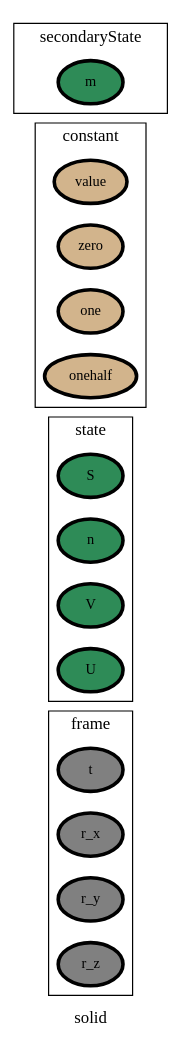
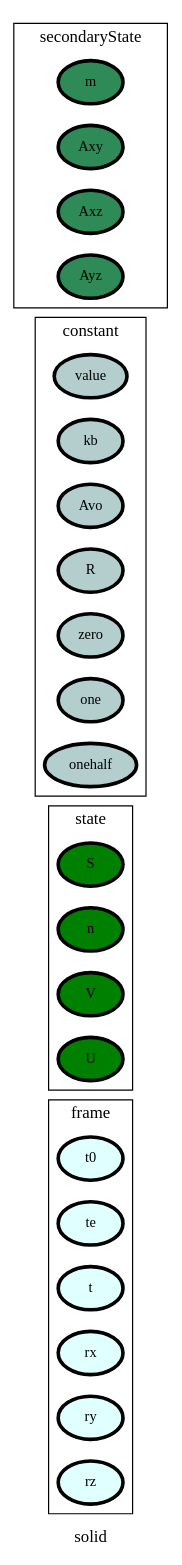
The diagram in ontology_graphs/graph__solid.dot (heinz-preisig/processes_distributed_no_interface_eqs), drawn with Graphviz before and after one commit. The commit also changed 97 other files, not shown here.

```diff
--- a/ontology_graphs/graph__solid.dot
+++ b/ontology_graphs/graph__solid.dot
@@ -1,92 +1,100 @@
 digraph solid {
 label=solid;
 rankdir=LR;
 subgraph cluster_solid___transport {
 label=transport;
 rankdir=LR;
 }
 
 subgraph cluster_solid___geometry {
 label=geometry;
 rankdir=LR;
 }
 
 subgraph cluster_solid___properties {
 label=properties;
 rankdir=LR;
 }
 
 subgraph cluster_solid___network {
 label=network;
 rankdir=LR;
 }
 
 subgraph cluster_solid___differenceOperator {
 label=differenceOperator;
 rankdir=LR;
 }
 
 subgraph cluster_solid___frame {
 label=frame;
 rankdir=LR;
-V_5 [fillcolor=grey, fontsize=12, label=t, penwidth=3, style=filled];
-V_6 [fillcolor=grey, fontsize=12, label=r_x, penwidth=3, style=filled];
-V_7 [fillcolor=grey, fontsize=12, label=r_y, penwidth=3, style=filled];
-V_8 [fillcolor=grey, fontsize=12, label=r_z, penwidth=3, style=filled];
+V_18 [fillcolor=lightcyan, fontsize=12, label=t0, penwidth=3, style=filled];
+V_19 [fillcolor=lightcyan, fontsize=12, label=te, penwidth=3, style=filled];
+V_5 [fillcolor=lightcyan, fontsize=12, label=t, penwidth=3, style=filled];
+V_6 [fillcolor=lightcyan, fontsize=12, label=rx, penwidth=3, style=filled];
+V_7 [fillcolor=lightcyan, fontsize=12, label=ry, penwidth=3, style=filled];
+V_8 [fillcolor=lightcyan, fontsize=12, label=rz, penwidth=3, style=filled];
 }
 
 subgraph cluster_solid___state {
 label=state;
 rankdir=LR;
-V_10 [fillcolor=seagreen, fontsize=12, label=S, penwidth=3, style=filled];
-V_11 [fillcolor=seagreen, fontsize=12, label=n, penwidth=3, style=filled];
-V_12 [fillcolor=seagreen, fontsize=12, label=V, penwidth=3, style=filled];
-V_9 [fillcolor=seagreen, fontsize=12, label=U, penwidth=3, style=filled];
+V_10 [fillcolor=green, fontsize=12, label=S, penwidth=3, style=filled];
+V_11 [fillcolor=green, fontsize=12, label=n, penwidth=3, style=filled];
+V_12 [fillcolor=green, fontsize=12, label=V, penwidth=3, style=filled];
+V_9 [fillcolor=green, fontsize=12, label=U, penwidth=3, style=filled];
 }
 
 subgraph cluster_solid___constant {
 label=constant;
 rankdir=LR;
-V_1 [fillcolor=tan, fontsize=12, label=value, penwidth=3, style=filled];
-V_2 [fillcolor=tan, fontsize=12, label=zero, penwidth=3, style=filled];
-V_3 [fillcolor=tan, fontsize=12, label=one, penwidth=3, style=filled];
-V_4 [fillcolor=tan, fontsize=12, label=onehalf, penwidth=3, style=filled];
+V_1 [fillcolor=lightcyan3, fontsize=12, label=value, penwidth=3, style=filled];
+V_15 [fillcolor=lightcyan3, fontsize=12, label=kb, penwidth=3, style=filled];
+V_16 [fillcolor=lightcyan3, fontsize=12, label=Avo, penwidth=3, style=filled];
+V_17 [fillcolor=lightcyan3, fontsize=12, label=R, penwidth=3, style=filled];
+V_2 [fillcolor=lightcyan3, fontsize=12, label=zero, penwidth=3, style=filled];
+V_3 [fillcolor=lightcyan3, fontsize=12, label=one, penwidth=3, style=filled];
+V_4 [fillcolor=lightcyan3, fontsize=12, label=onehalf, penwidth=3, style=filled];
 }
 
 subgraph cluster_solid___effort {
 label=effort;
 rankdir=LR;
 }
 
 subgraph cluster_solid___secondaryState {
 label=secondaryState;
 rankdir=LR;
-V_14 [fillcolor=seagreen4, fontsize=12, label=m, penwidth=3, style=filled];
+V_14 [fillcolor=seagreen, fontsize=12, label=m, penwidth=3, style=filled];
+V_20 [fillcolor=seagreen, fontsize=12, label=Axy, penwidth=3, style=filled];
+V_21 [fillcolor=seagreen, fontsize=12, label=Axz, penwidth=3, style=filled];
+V_22 [fillcolor=seagreen, fontsize=12, label=Ayz, penwidth=3, style=filled];
 }
 
 subgraph cluster_solid___conversion {
 label=conversion;
 rankdir=LR;
 }
 
 subgraph cluster_solid___diffState {
 label=diffState;
 rankdir=LR;
 }
 
 subgraph cluster_solid___internalTransport {
 label=internalTransport;
 rankdir=LR;
 }
 
 subgraph cluster_solid___controlInput {
 label=controlInput;
 rankdir=LR;
 }
 
 subgraph cluster_solid___observation {
 label=observation;
 rankdir=LR;
 }
 
 }
```
